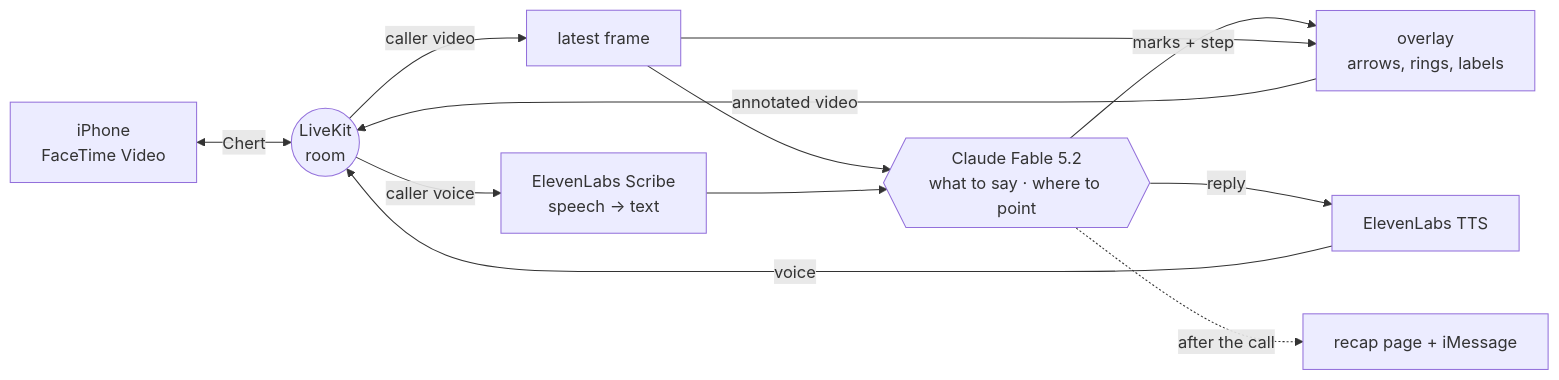
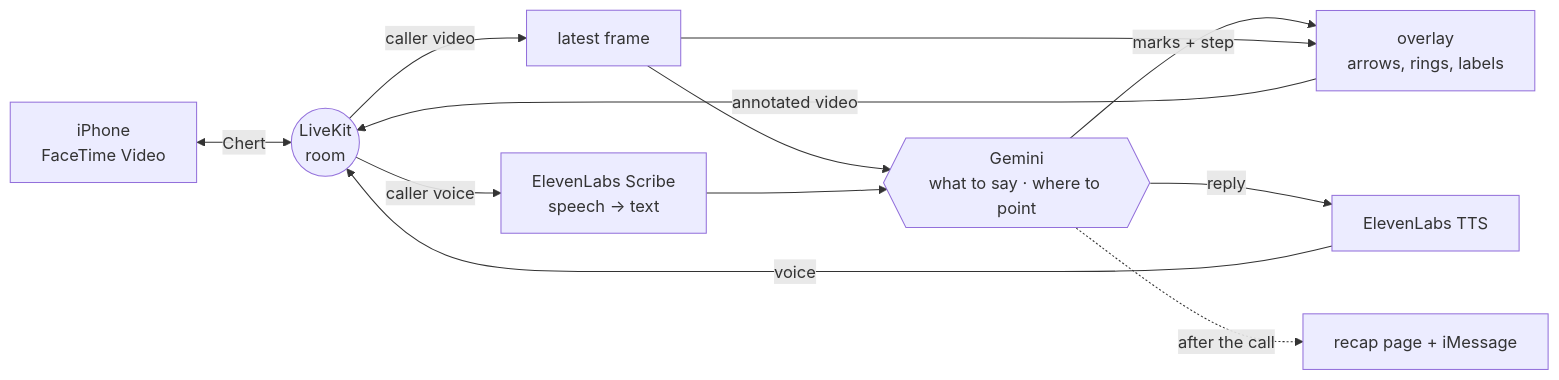
Before and after one commit to hippoFan/mentor: the diagram in README.md, drawn with Mermaid. The commit also changed other lines of this file, not shown here.

Commit message:
Docs: Gemini is the default brain, measured latency/tokens

````diff
--- a/README.md
+++ b/README.md
@@ -40,13 +40,13 @@
 ```mermaid
 flowchart LR
     P["iPhone<br/>FaceTime Video"] <-->|Chert| R(("LiveKit<br/>room"))
     R -->|caller video| V["latest frame"]
     R -->|caller voice| S["ElevenLabs Scribe<br/>speech → text"]
-    V --> B{{"Claude Fable 5.2<br/>what to say · where to point"}}
+    V --> B{{"Gemini<br/>what to say · where to point"}}
     S --> B
     B -->|marks + step| O["overlay<br/>arrows, rings, labels"]
     V --> O
     O -->|annotated video| R
     B -->|reply| T["ElevenLabs TTS"] -->|voice| R
     B -.->|after the call| X["recap page + iMessage"]
 ```
````
